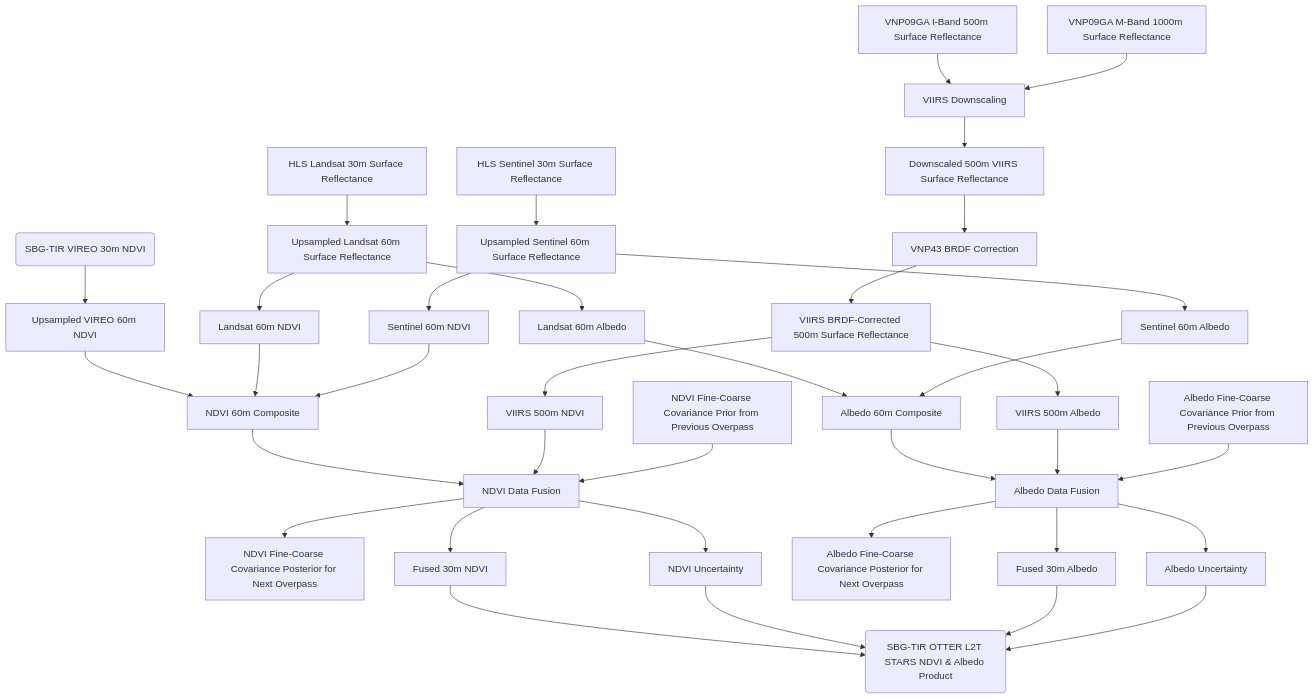
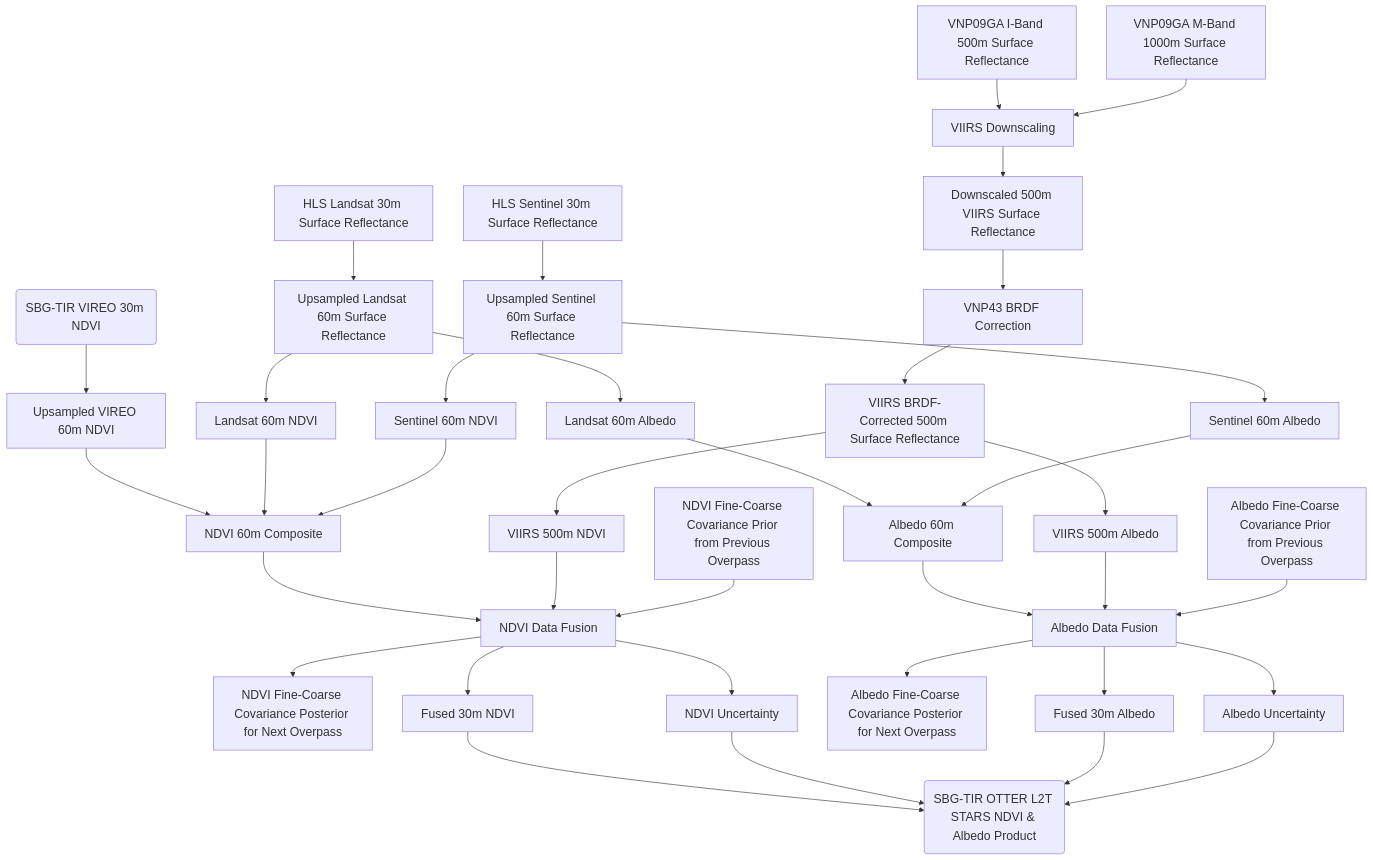
Before and after one commit to sbg-tir/SBG-TIR-L2-STARS: the diagram in README.md, drawn with Mermaid.

Commit message:
making font bigger in flowchart

````diff
--- a/README.md
+++ b/README.md
@@ -57,5 +57,7 @@
 ```mermaid
 flowchart TB
+    classDef bigFont font-size:20px;
+
     VIREO_NDVI(SBG-TIR VIREO 30m NDVI)
     VIREO_upsampled[Upsampled VIREO 60m NDVI]
 
@@ -91,7 +93,7 @@
     fine_albedo_uncertainty[Albedo Uncertainty]
 
     SBG_L2T_STARS(SBG-TIR OTTER L2T STARS NDVI & Albedo Product)
-    
+
     VNP09GA_I --> VIIRS_downscaling
     VNP09GA_M --> VIIRS_downscaling
     VIIRS_downscaling --> VNP09GA_downscaled
@@ -133,4 +135,6 @@
     fine_NDVI_uncertainty --> SBG_L2T_STARS
     fine_albedo_output --> SBG_L2T_STARS
     fine_albedo_uncertainty --> SBG_L2T_STARS
+
+    class VIREO_NDVI,VIREO_upsampled,VNP09GA_I,VNP09GA_M,VIIRS_downscaling,VNP09GA_downscaled,VNP43_BRDF,VIIRS_corrected,VIIRS_NDVI,VIIRS_albedo,Landsat_reflectance,Landsat_upsampled,Landsat_NDVI,Sentinel_reflectance,Sentinel_upsampled,Sentinel_NDVI,fine_NDVI_input,NDVI_covariance_prior,NDVI_covariance_posterior,NDVI_data_fusion,fine_NDVI_output,fine_NDVI_uncertainty,Landsat_albedo,Sentinel_albedo,fine_albedo_input,albedo_covariance_prior,albedo_covariance_posterior,albedo_data_fusion,fine_albedo_output,fine_albedo_uncertainty,SBG_L2T_STARS bigFont;
 ```
````
